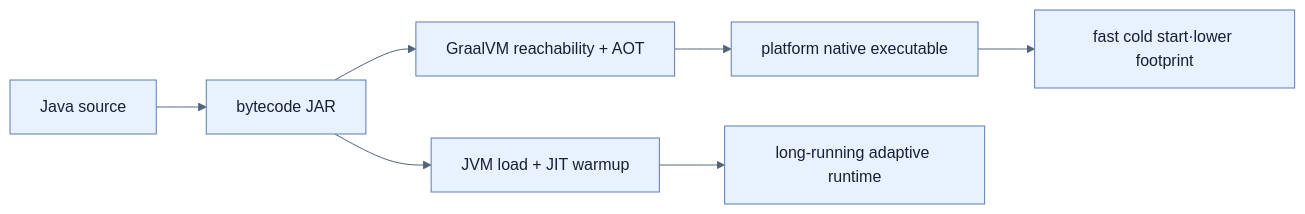
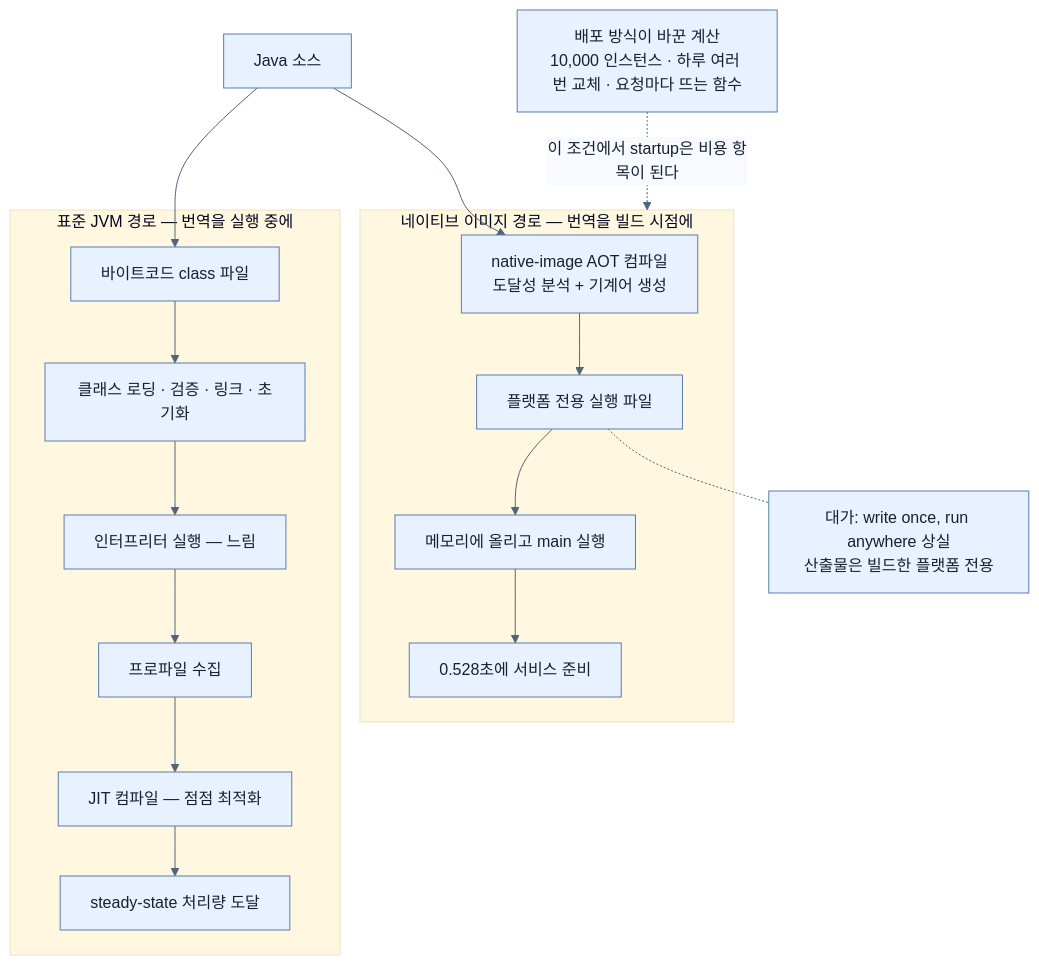
One commit to sing-u8/Learning_Spring_Boot_4 changed the diagram in spring-boot-4-pdf-notes/part-3-releasing-an-application-with-spring-boot/chapter-8-going-native-with-spring-boot/01-why-graalvm-native-image.md. Above: the diagram before and after it, drawn with Mermaid. The commit also changed other lines of this file and 253 other files, not shown here.

````diff
--- a/spring-boot-4-pdf-notes/part-3-releasing-an-application-with-spring-boot/chapter-8-going-native-with-spring-boot/01-why-graalvm-native-image.md
+++ b/spring-boot-4-pdf-notes/part-3-releasing-an-application-with-spring-boot/chapter-8-going-native-with-spring-boot/01-why-graalvm-native-image.md
@@ -28,10 +94,27 @@
 ```mermaid
 %%{init: {'theme': 'base', 'themeVariables': {'background': '#ffffff', 'primaryColor': '#e8f1ff', 'primaryTextColor': '#172033', 'primaryBorderColor': '#5b7db1', 'lineColor': '#52647a', 'secondaryColor': '#f7fbff', 'tertiaryColor': '#fff7df'}}}%%
-flowchart LR
-    J[Java source] --> B[bytecode JAR]
-    B --> V[JVM load + JIT warmup]
-    B --> N[GraalVM reachability + AOT]
-    N --> E[platform native executable]
-    V --> L[long-running adaptive runtime]
-    E --> C[fast cold start·lower footprint]
+flowchart TB
+    SRC["Java 소스"]
+
+    subgraph JVM_PATH["표준 JVM 경로 — 번역을 실행 중에"]
+        BC["바이트코드 class 파일"] --> LOAD["클래스 로딩 · 검증 · 링크 · 초기화"]
+        LOAD --> INT["인터프리터 실행 — 느림"]
+        INT --> PROF["프로파일 수집"]
+        PROF --> JIT["JIT 컴파일 — 점점 최적화"]
+        JIT --> SS["steady-state 처리량 도달"]
+    end
+
+    subgraph NATIVE_PATH["네이티브 이미지 경로 — 번역을 빌드 시점에"]
+        AOTC["native-image AOT 컴파일<br/>도달성 분석 + 기계어 생성"] --> EXE["플랫폼 전용 실행 파일"]
+        EXE --> RUN["메모리에 올리고 main 실행"]
+        RUN --> DONE["0.528초에 서비스 준비"]
+    end
+
+    SRC --> BC
+    SRC --> AOTC
+
+    COST["배포 방식이 바꾼 계산<br/>10,000 인스턴스 · 하루 여러 번 교체 · 요청마다 뜨는 함수"]
+    COST -.->|"이 조건에서 startup은 비용 항목이 된다"| NATIVE_PATH
+    LOSS["대가: write once, run anywhere 상실<br/>산출물은 빌드한 플랫폼 전용"]
+    EXE -.- LOSS
 ```
````
